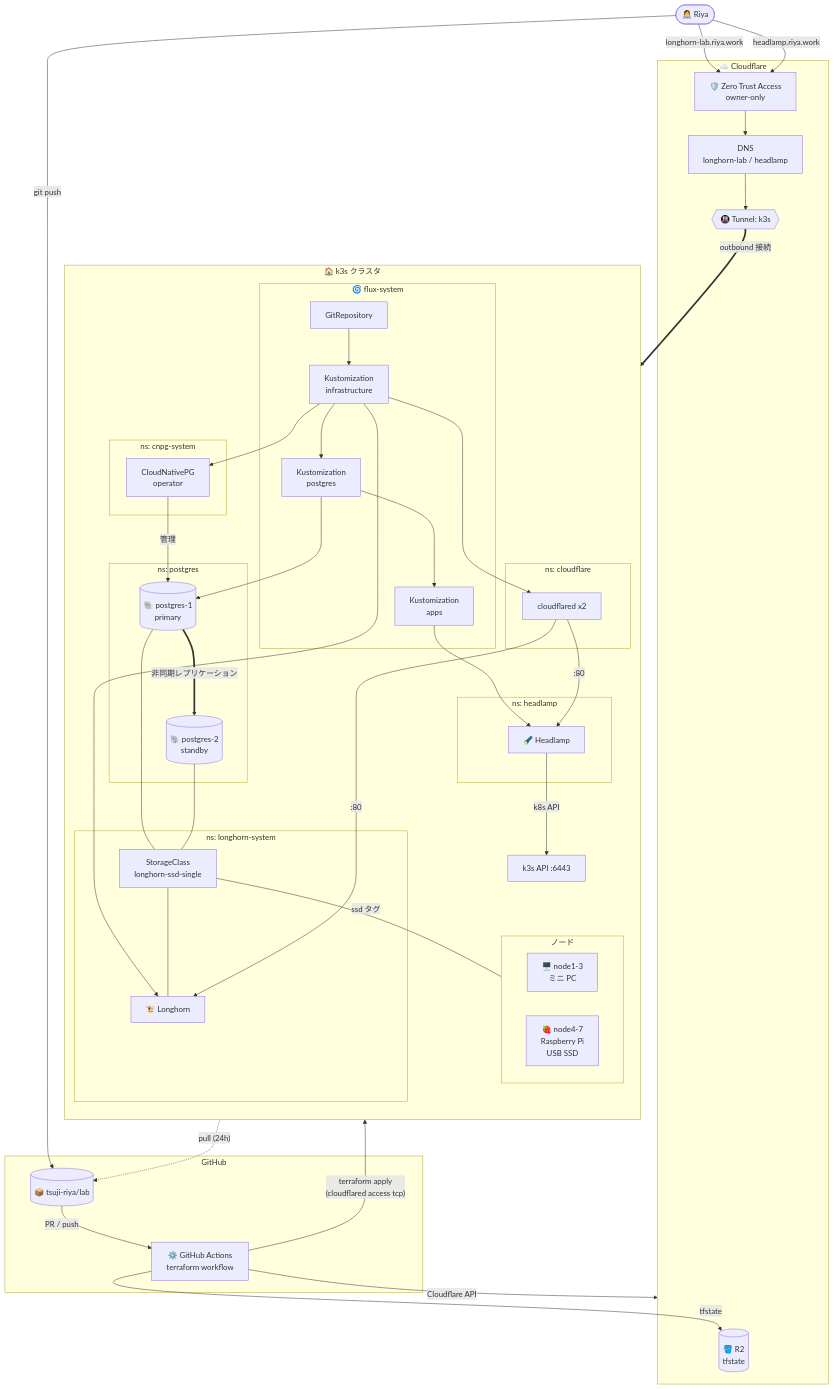
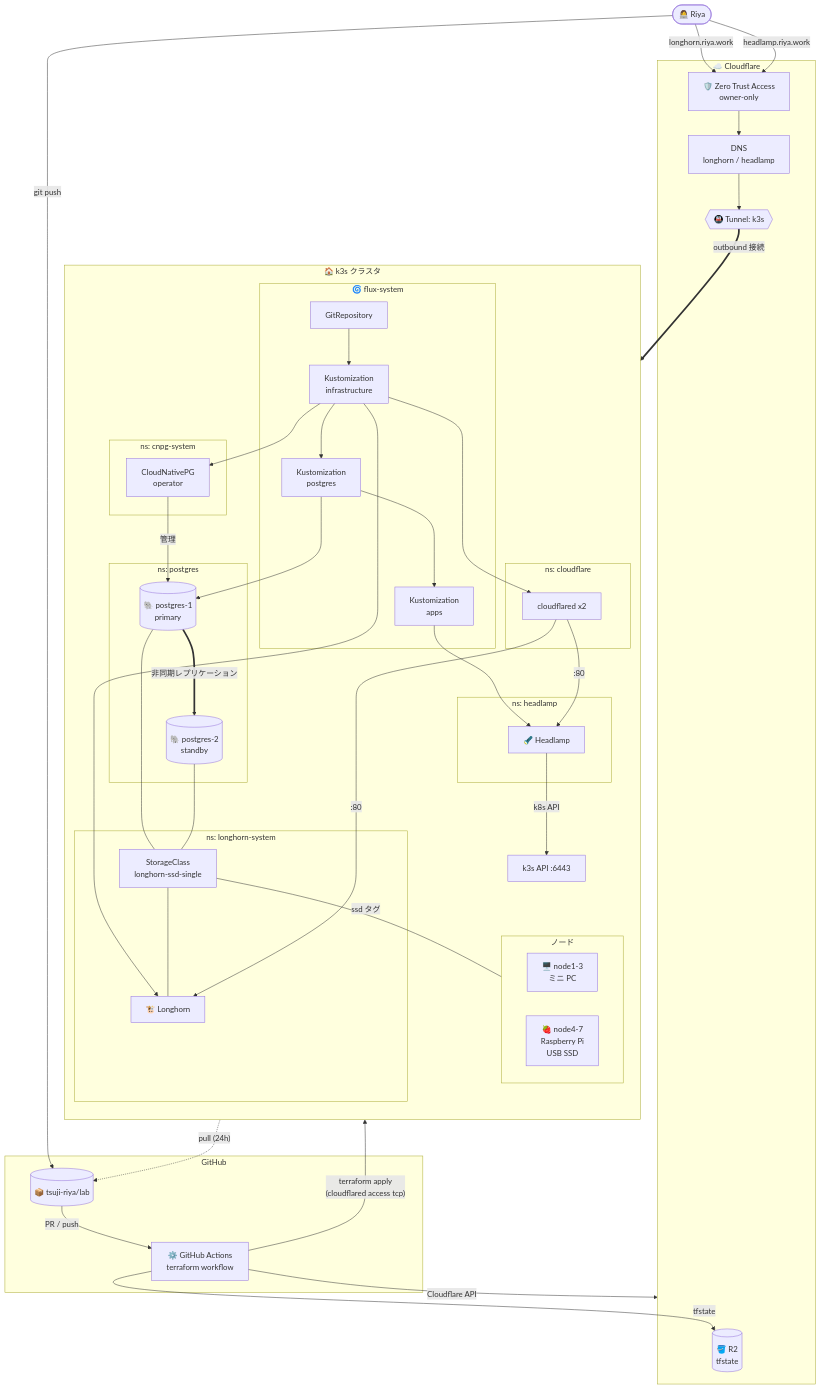
One commit to tsuji-riya/lab changed the first of 3 diagrams in README.md. Above: the diagram before and after it, drawn with Mermaid. The commit also changed other lines of this file and 1 other file, not shown here.

Commit message:
Longhorn UI のホスト名を longhorn-lab.riya.work から longhorn.riya.work に変更 (#13)

```diff
--- a/README.md
+++ b/README.md
@@ -34,7 +34,7 @@
 
     subgraph CF["☁️ Cloudflare"]
         r2[("🪣 R2<br/>tfstate")]
-        dns["DNS<br/>longhorn-lab / headlamp"]
+        dns["DNS<br/>longhorn / headlamp"]
         access["🛡️ Zero Trust Access<br/>owner-only"]
         tunnel{{"🚇 Tunnel: k3s"}}
     end
@@ -101,7 +101,7 @@
     sc_ssd -- "ssd タグ" --- pi
     sc_ssd --- lh
 
-    user -- "longhorn-lab.riya.work" --> access
+    user -- "longhorn.riya.work" --> access
     user -- "headlamp.riya.work" --> access
     access --> dns
     dns --> tunnel
```
